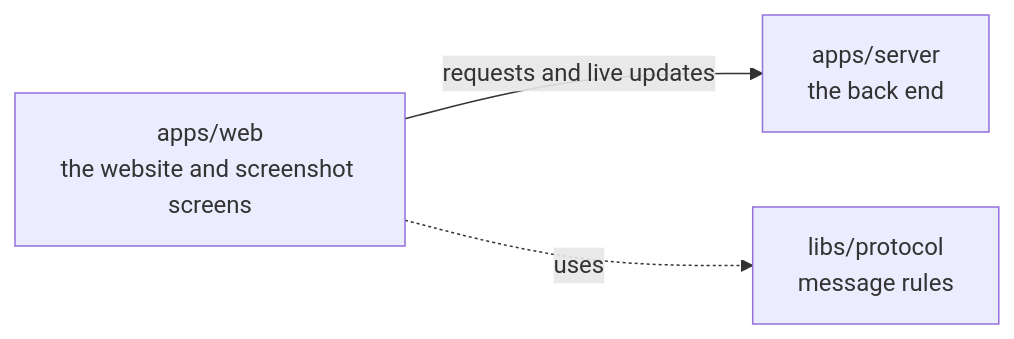
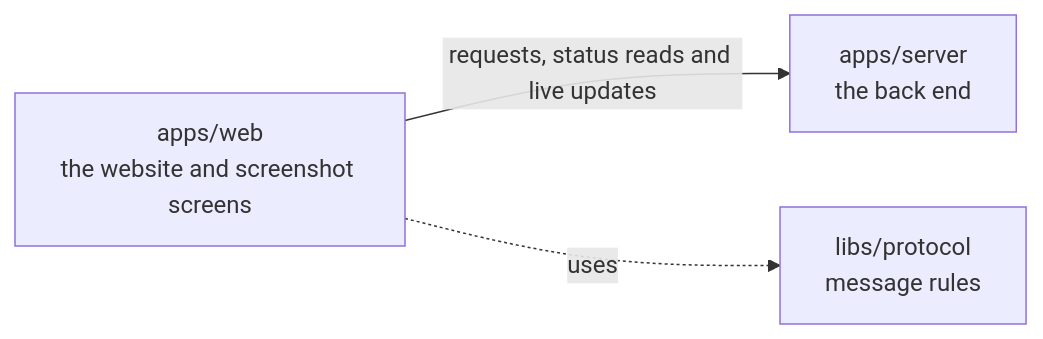
Before and after one commit to elewa-git/opencrane-new: the diagram in apps/web/README.md, drawn with Mermaid. The commit also changed other lines of this file and 73 other files, not shown here.

Commit message:
🛠 Fix screenshot status and visual evidence

````diff
--- a/apps/web/README.md
+++ b/apps/web/README.md
@@ -11,5 +11,5 @@
 ```mermaid
 flowchart LR
-  web["apps/web<br/>the website and screenshot screens"] -->|requests and live updates| server["apps/server<br/>the back end"]
+  web["apps/web<br/>the website and screenshot screens"] -->|requests, status reads and live updates| server["apps/server<br/>the back end"]
   web -.->|uses| protocol["libs/protocol<br/>message rules"]
 ```
````
